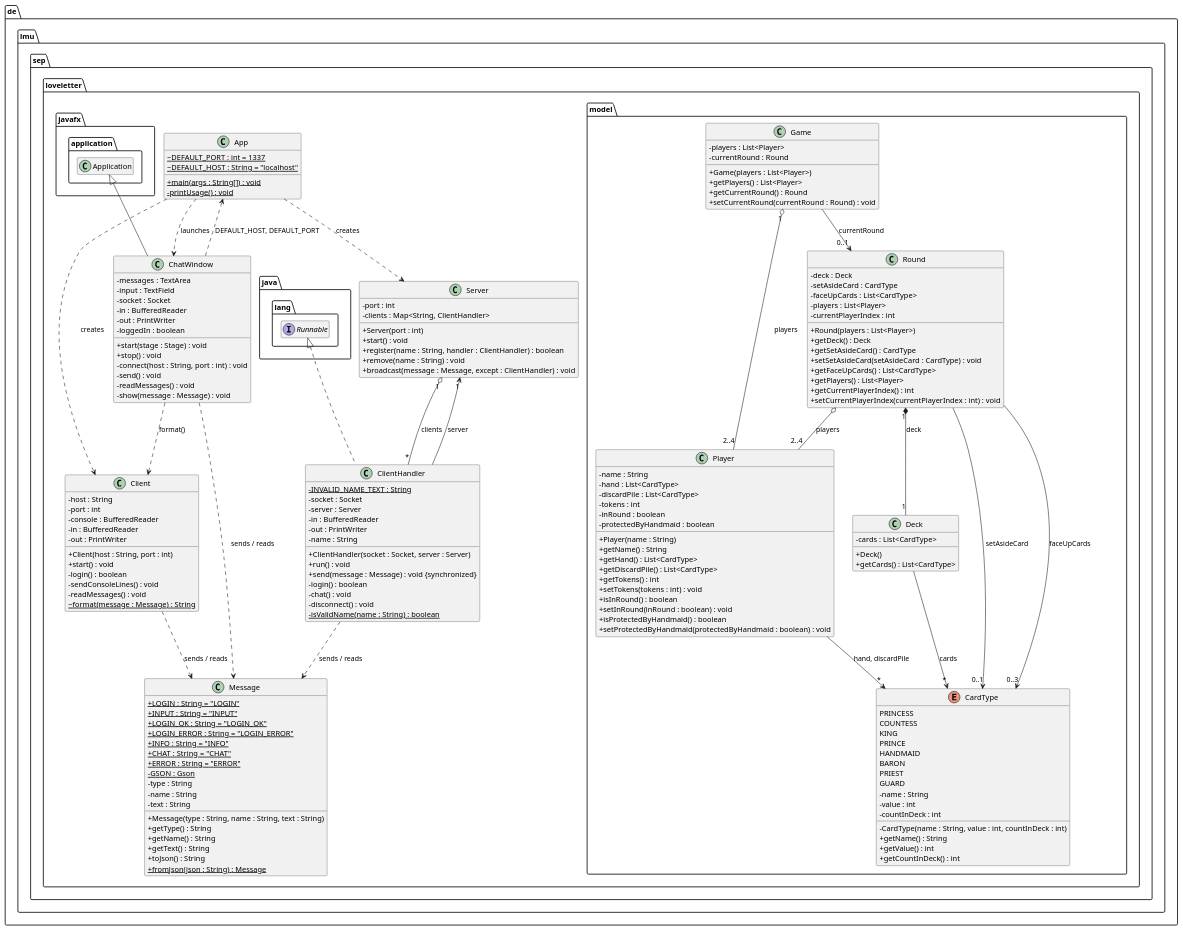
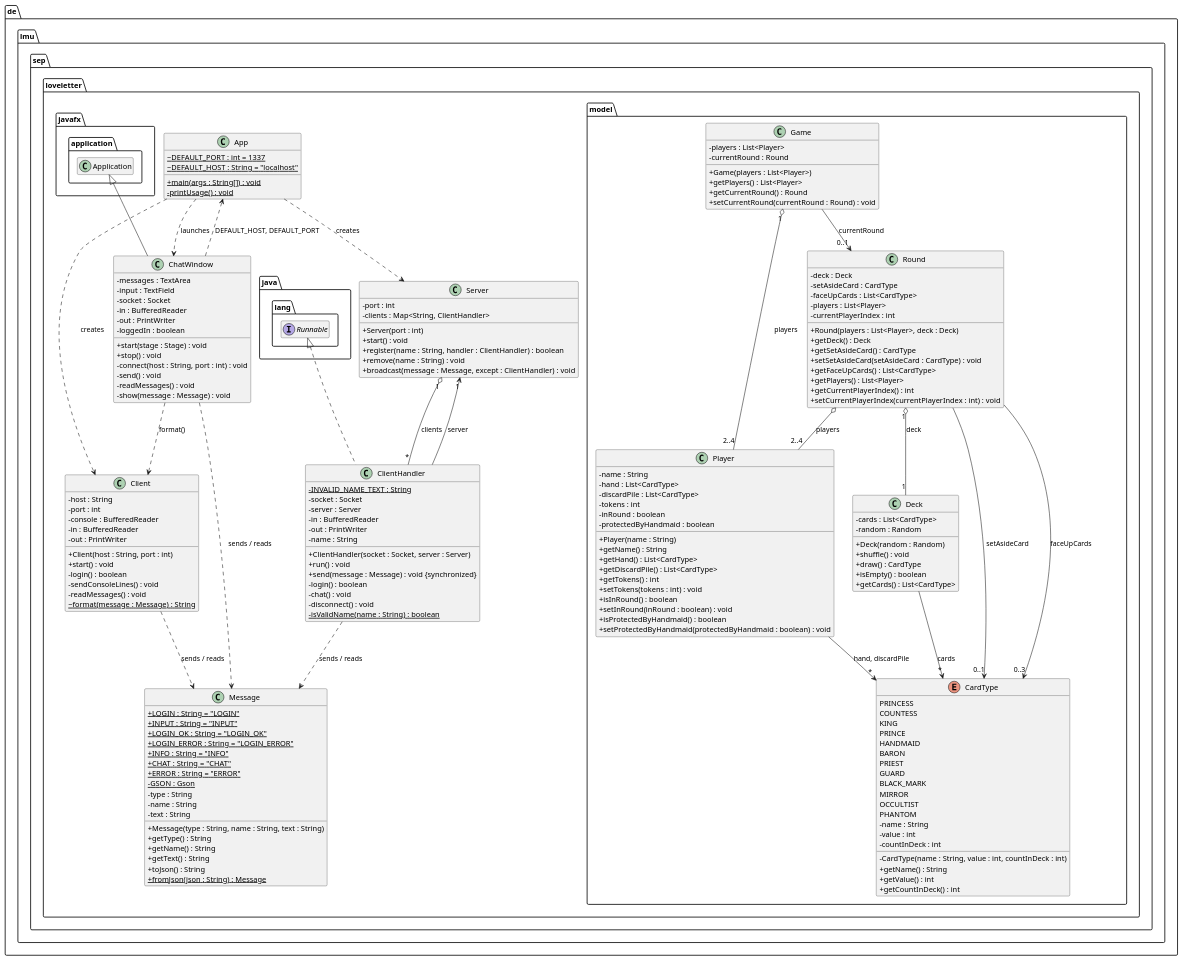
One commit to daithangngo/SEP-LoveLetter changed the diagram in uml/classes.puml. Above: the diagram before and after it, drawn with PlantUML. The commit also changed 1 other file, not shown here.

Commit message:
docs: update README and UML for the 30-card deck

```diff
--- a/uml/classes.puml
+++ b/uml/classes.puml
@@ -1,183 +1,191 @@
 @startuml classes
 ' Class diagram of the Love Letter pre-project. Matches the Java code in src/main/java.
 skinparam classAttributeIconSize 0
 hide empty members
 
 package de.lmu.sep.loveletter {
 
   class App {
     ~ {static} DEFAULT_PORT : int = 1337
     ~ {static} DEFAULT_HOST : String = "localhost"
     + {static} main(args : String[]) : void
     - {static} printUsage() : void
   }
 
   class Server {
     - port : int
     - clients : Map<String, ClientHandler>
     + Server(port : int)
     + start() : void
     + register(name : String, handler : ClientHandler) : boolean
     + remove(name : String) : void
     + broadcast(message : Message, except : ClientHandler) : void
   }
 
   class ClientHandler implements java.lang.Runnable {
     - {static} INVALID_NAME_TEXT : String
     - socket : Socket
     - server : Server
     - in : BufferedReader
     - out : PrintWriter
     - name : String
     + ClientHandler(socket : Socket, server : Server)
     + run() : void
     + send(message : Message) : void {synchronized}
     - login() : boolean
     - chat() : void
     - disconnect() : void
     - {static} isValidName(name : String) : boolean
   }
 
   class Client {
     - host : String
     - port : int
     - console : BufferedReader
     - in : BufferedReader
     - out : PrintWriter
     + Client(host : String, port : int)
     + start() : void
     - login() : boolean
     - sendConsoleLines() : void
     - readMessages() : void
     ~ {static} format(message : Message) : String
   }
 
   class ChatWindow extends javafx.application.Application {
     - messages : TextArea
     - input : TextField
     - socket : Socket
     - in : BufferedReader
     - out : PrintWriter
     - loggedIn : boolean
     + start(stage : Stage) : void
     + stop() : void
     - connect(host : String, port : int) : void
     - send() : void
     - readMessages() : void
     - show(message : Message) : void
   }
 
   class Message {
     + {static} LOGIN : String = "LOGIN"
     + {static} INPUT : String = "INPUT"
     + {static} LOGIN_OK : String = "LOGIN_OK"
     + {static} LOGIN_ERROR : String = "LOGIN_ERROR"
     + {static} INFO : String = "INFO"
     + {static} CHAT : String = "CHAT"
     + {static} ERROR : String = "ERROR"
     - {static} GSON : Gson
     - type : String
     - name : String
     - text : String
     + Message(type : String, name : String, text : String)
     + getType() : String
     + getName() : String
     + getText() : String
     + toJson() : String
     + {static} fromJson(json : String) : Message
   }
 }
 
 package de.lmu.sep.loveletter.model {
 
   enum CardType {
     PRINCESS
     COUNTESS
     KING
     PRINCE
     HANDMAID
     BARON
     PRIEST
     GUARD
+    BLACK_MARK
+    MIRROR
+    OCCULTIST
+    PHANTOM
     - name : String
     - value : int
     - countInDeck : int
     - CardType(name : String, value : int, countInDeck : int)
     + getName() : String
     + getValue() : int
     + getCountInDeck() : int
   }
 
   class Deck {
     - cards : List<CardType>
-    + Deck()
+    - random : Random
+    + Deck(random : Random)
+    + shuffle() : void
+    + draw() : CardType
+    + isEmpty() : boolean
     + getCards() : List<CardType>
   }
 
   class Player {
     - name : String
     - hand : List<CardType>
     - discardPile : List<CardType>
     - tokens : int
     - inRound : boolean
     - protectedByHandmaid : boolean
     + Player(name : String)
     + getName() : String
     + getHand() : List<CardType>
     + getDiscardPile() : List<CardType>
     + getTokens() : int
     + setTokens(tokens : int) : void
     + isInRound() : boolean
     + setInRound(inRound : boolean) : void
     + isProtectedByHandmaid() : boolean
     + setProtectedByHandmaid(protectedByHandmaid : boolean) : void
   }
 
   class Round {
     - deck : Deck
     - setAsideCard : CardType
     - faceUpCards : List<CardType>
     - players : List<Player>
     - currentPlayerIndex : int
-    + Round(players : List<Player>)
+    + Round(players : List<Player>, deck : Deck)
     + getDeck() : Deck
     + getSetAsideCard() : CardType
     + setSetAsideCard(setAsideCard : CardType) : void
     + getFaceUpCards() : List<CardType>
     + getPlayers() : List<Player>
     + getCurrentPlayerIndex() : int
     + setCurrentPlayerIndex(currentPlayerIndex : int) : void
   }
 
   class Game {
     - players : List<Player>
     - currentRound : Round
     + Game(players : List<Player>)
     + getPlayers() : List<Player>
     + getCurrentRound() : Round
     + setCurrentRound(currentRound : Round) : void
   }
 }
 
 ' Network
 App ..> Server : creates
 App ..> Client : creates
 App ..> ChatWindow : launches
 Server "1" o-- "*" ClientHandler : clients
 ClientHandler --> "1" Server : server
 ClientHandler ..> Message : sends / reads
 Client ..> Message : sends / reads
 ChatWindow ..> Message : sends / reads
 ChatWindow ..> App : DEFAULT_HOST, DEFAULT_PORT
 ChatWindow ..> Client : format()
 
 ' Model
 Game "1" o-- "2..4" Player : players
 Game --> "0..1" Round : currentRound
-Round "1" *-- "1" Deck : deck
+Round "1" o-- "1" Deck : deck
 Round o-- "2..4" Player : players
 Round --> "0..1" CardType : setAsideCard
 Round --> "0..3" CardType : faceUpCards
 Player --> "*" CardType : hand, discardPile
 Deck --> "*" CardType : cards
 @enduml
```
